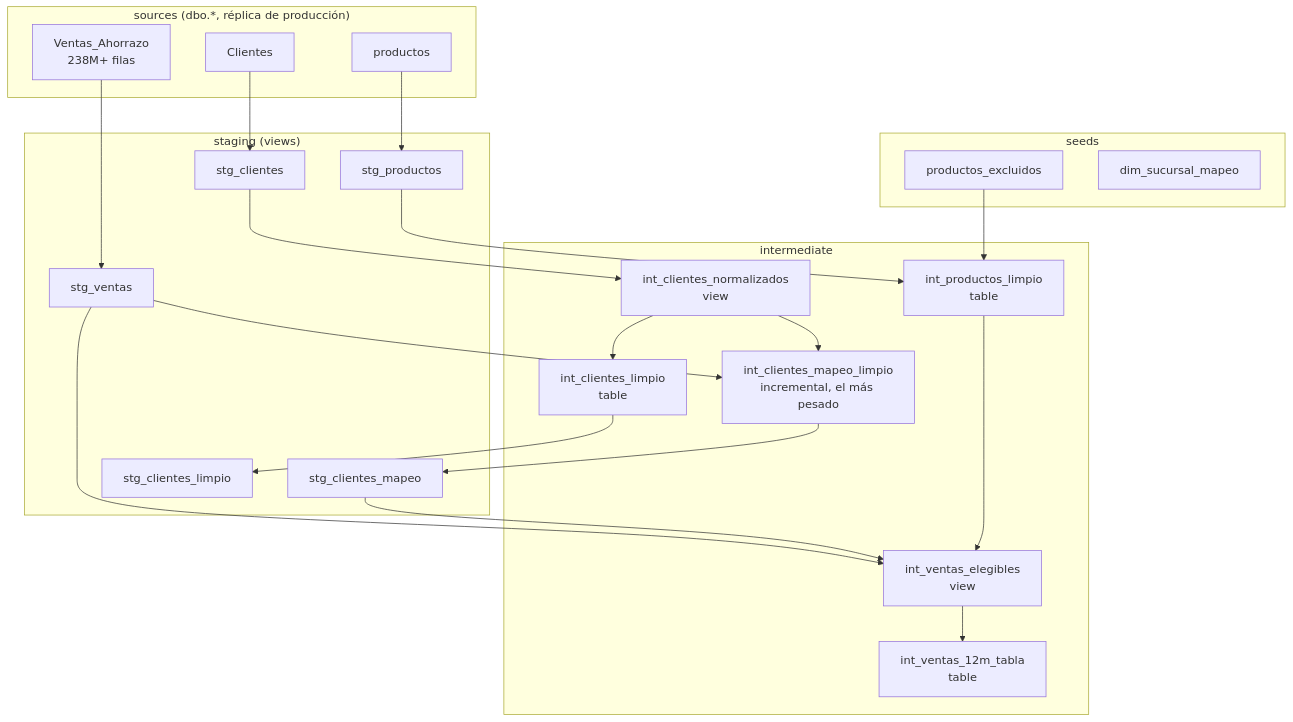
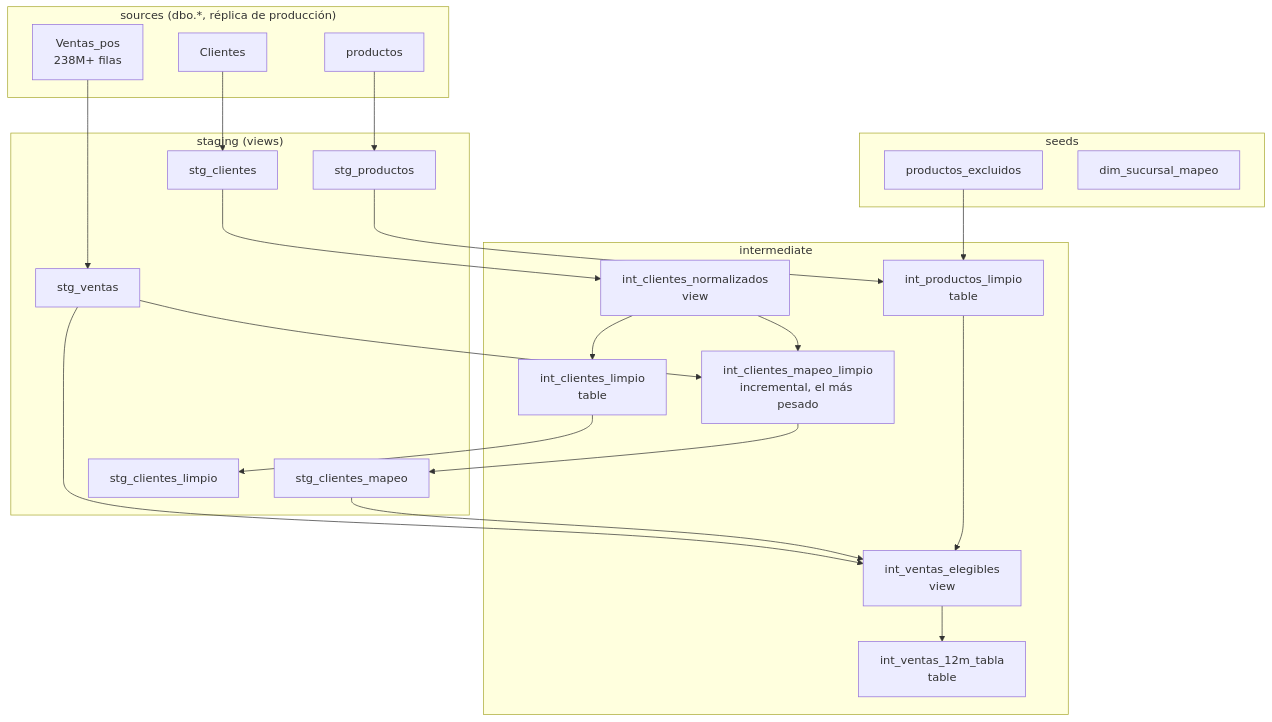
The first of 6 diagrams in ARQUITECTURA.md (adrian-dato/dbt-ahorrazo), drawn with Mermaid before and after one commit. The commit also changed other lines of this file and 15 other files, not shown here.

First line of the commit message:
Cambia la fuente de ventas de Ventas_Ahorrazo a Ventas_pos

````diff
--- a/ARQUITECTURA.md
+++ b/ARQUITECTURA.md
@@ -96,50 +98,50 @@
 ```mermaid
 graph TD
     subgraph SRC["sources (dbo.*, réplica de producción)"]
-        SRC_VENTAS[Ventas_Ahorrazo<br/>238M+ filas]
+        SRC_VENTAS[Ventas_pos<br/>238M+ filas]
         SRC_PROD[productos]
         SRC_CLI[Clientes]
     end
 
     subgraph SEEDS["seeds"]
         SEED_EXCL[productos_excluidos]
         SEED_SUC[dim_sucursal_mapeo]
     end
 
     subgraph STG["staging (views)"]
         STG_VENTAS[stg_ventas]
         STG_PROD[stg_productos]
         STG_CLI[stg_clientes]
         STG_MAPEO[stg_clientes_mapeo]
         STG_LIMPIO[stg_clientes_limpio]
     end
 
     subgraph INT["intermediate"]
         INT_NORM[int_clientes_normalizados<br/>view]
         INT_MAPEO[int_clientes_mapeo_limpio<br/>incremental, el más pesado]
         INT_LIMPIO[int_clientes_limpio<br/>table]
         INT_PROD[int_productos_limpio<br/>table]
         INT_ELEG[int_ventas_elegibles<br/>view]
         INT_12M_T[int_ventas_12m_tabla<br/>table]
     end
 
     SRC_VENTAS --> STG_VENTAS
     SRC_PROD --> STG_PROD
     SRC_CLI --> STG_CLI
 
     STG_CLI --> INT_NORM
     INT_NORM --> INT_MAPEO
     STG_VENTAS --> INT_MAPEO
     INT_NORM --> INT_LIMPIO
     INT_MAPEO --> STG_MAPEO
     INT_LIMPIO --> STG_LIMPIO
 
     STG_PROD --> INT_PROD
     SEED_EXCL --> INT_PROD
 
     STG_VENTAS --> INT_ELEG
     STG_MAPEO --> INT_ELEG
     INT_PROD --> INT_ELEG
 
     INT_ELEG --> INT_12M_T
 ```
````
